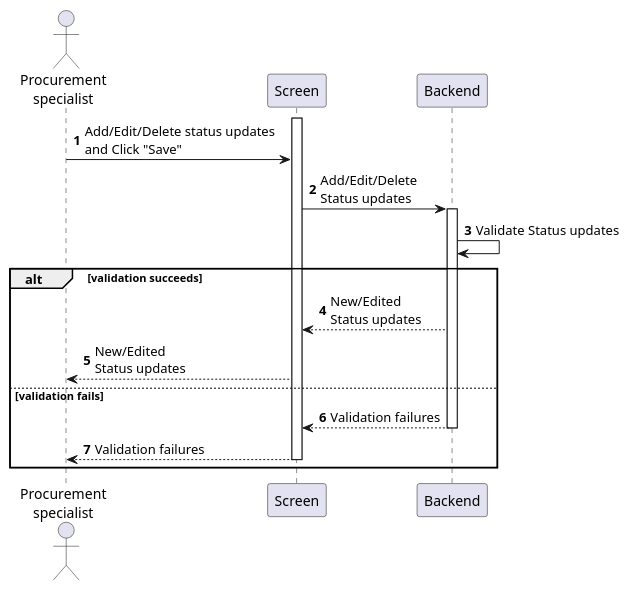
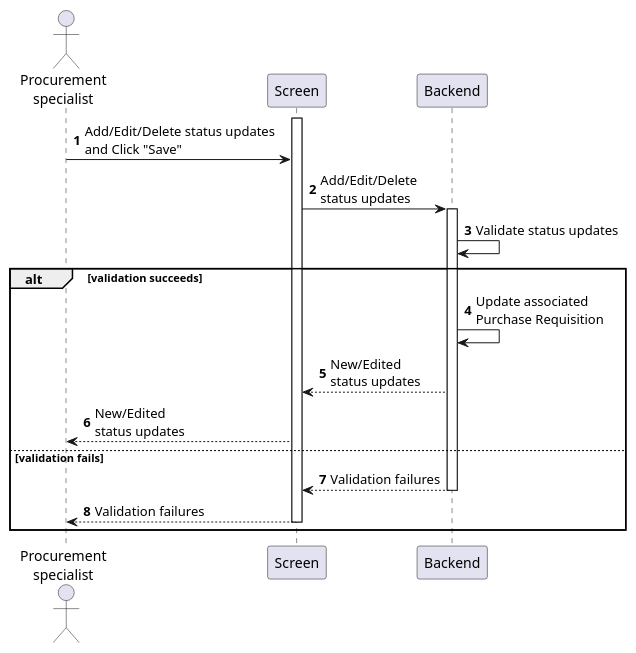
One commit to phihungha/scmss-reqs changed the diagram in sequences/purchase-order-update-status.plantuml. Above: the diagram before and after it, drawn with PlantUML. The commit also changed 5 other files, not shown here.

Commit message:
Update purchase requisitions on status changes in purchase order

```diff
--- a/sequences/purchase-order-update-status.plantuml
+++ b/sequences/purchase-order-update-status.plantuml
@@ -1,22 +1,23 @@
 @startuml purchase-order-update-status
 autonumber
 
 actor "Procurement\nspecialist" as a
 participant Screen as f
 participant Backend as b
 
 activate f
 a -> f : Add/Edit/Delete status updates\nand Click "Save"
-f -> b : Add/Edit/Delete\nStatus updates
+f -> b : Add/Edit/Delete\nstatus updates
 activate b
-b -> b : Validate Status updates
+b -> b : Validate status updates
 
 alt validation succeeds
-    b --> f : New/Edited\nStatus updates
-    f --> a : New/Edited\nStatus updates
+    b -> b : Update associated\nPurchase Requisition
+    b --> f : New/Edited\nstatus updates
+    f --> a : New/Edited\nstatus updates
 else validation fails
     return Validation failures
     f --> a : Validation failures
     deactivate f
 end
 @enduml
```
